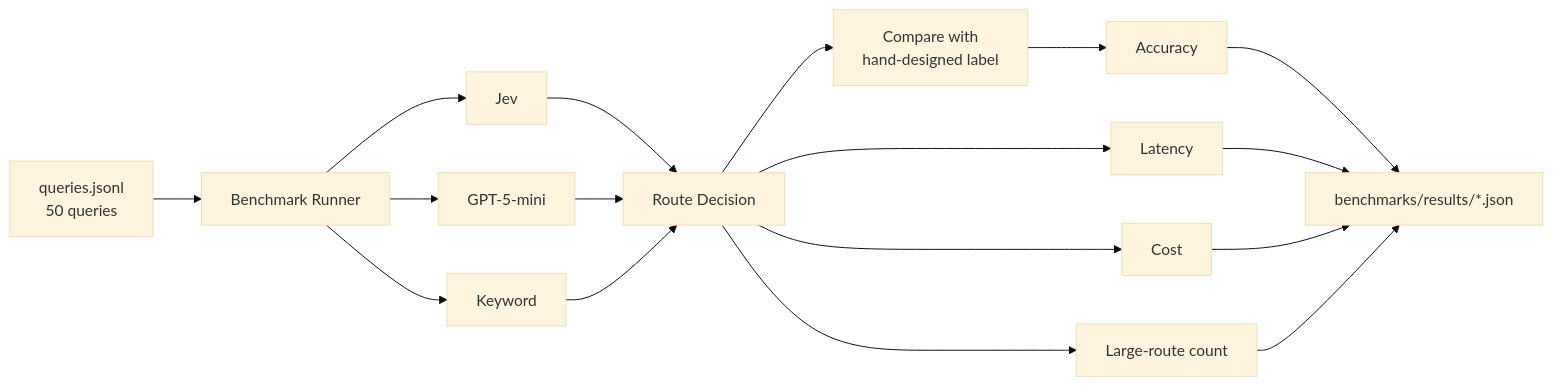
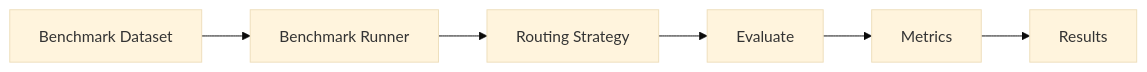
Before and after one commit to aawhan0/JevRev: the second of 3 diagrams in README.md, drawn with Mermaid (base theme). The commit also changed other lines of this file, not shown here.

Commit message:
docs: simplify Mermaid diagrams

````diff
--- a/README.md
+++ b/README.md
@@ -60,22 +42,8 @@
 ```mermaid
 flowchart LR
-    A[queries.jsonl<br/>50 queries] --> B[Benchmark Runner]
-    B --> C1[Jev]
-    B --> C2[GPT-5-mini]
-    B --> C3[Keyword]
-
-    C1 --> D[Route Decision]
-    C2 --> D
-    C3 --> D
-
-    D --> E[Compare with<br/>hand-designed label]
-    E --> F[Accuracy]
-    D --> G[Latency]
-    D --> H[Cost]
-    D --> I[Large-route count]
-
-    F --> J[benchmarks/results/*.json]
-    G --> J
-    H --> J
-    I --> J
+    D[Benchmark Dataset] --> B[Benchmark Runner]
+    B --> R[Routing Strategy]
+    R --> E[Evaluate]
+    E --> M[Metrics]
+    M --> O[Results]
 ```
````
